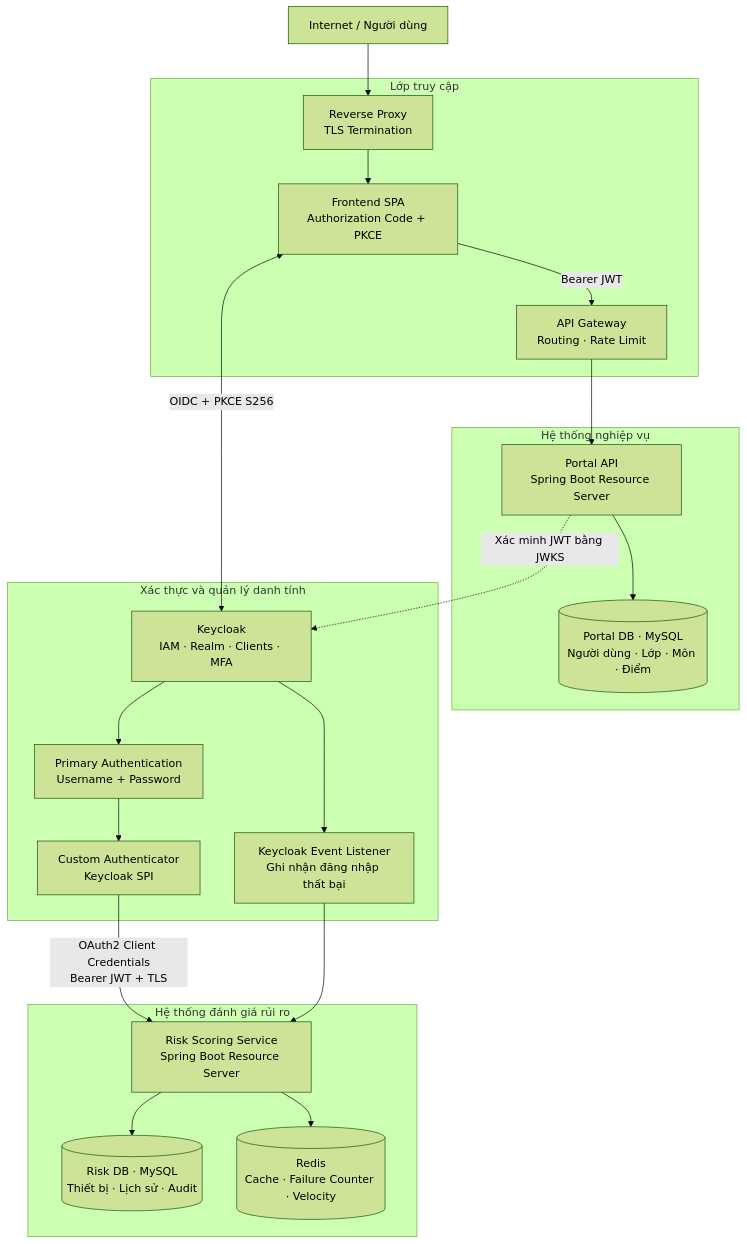
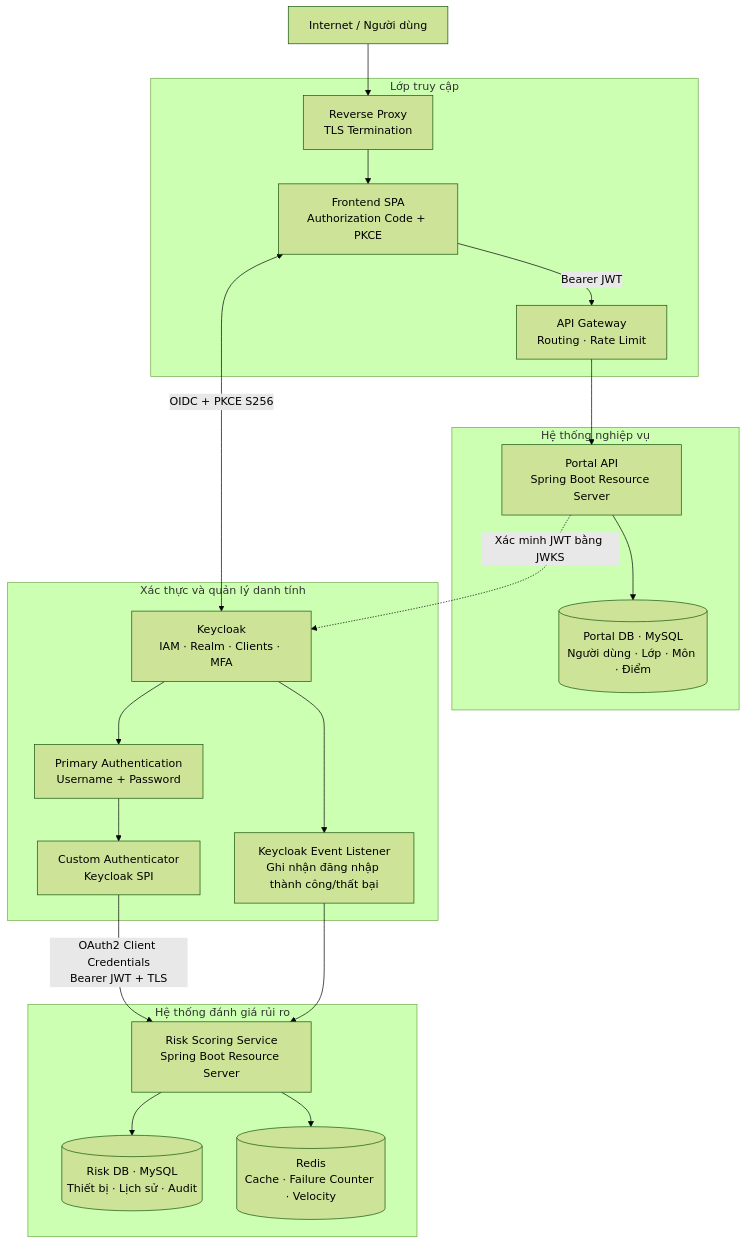
Before and after one commit to NguyenTruong-An/zerotrust: the first of 2 diagrams in ARCHITECTURE.md, drawn with Mermaid (forest theme). The commit also changed other lines of this file and 91 other files, not shown here.

````diff
--- a/ARCHITECTURE.md
+++ b/ARCHITECTURE.md
@@ -18,30 +21,30 @@
 ```mermaid
 flowchart TB
     USER["Internet / Người dùng"] --> RP["Reverse Proxy<br/>TLS Termination"]
 
     subgraph ACCESS["Lớp truy cập"]
         RP --> SPA["Frontend SPA<br/>Authorization Code + PKCE"]
         SPA -->|"Bearer JWT"| GW["API Gateway<br/>Routing · Rate Limit"]
     end
 
     subgraph PORTAL["Hệ thống nghiệp vụ"]
         GW --> APP["Portal API<br/>Spring Boot Resource Server"]
         APP --> PDB[("Portal DB · MySQL<br/>Người dùng · Lớp · Môn · Điểm")]
     end
 
     subgraph IAM["Xác thực và quản lý danh tính"]
         SPA <-->|"OIDC + PKCE S256"| KC["Keycloak<br/>IAM · Realm · Clients · MFA"]
         KC --> PA["Primary Authentication<br/>Username + Password"]
         PA --> SPI["Custom Authenticator<br/>Keycloak SPI"]
-        KC --> EL["Keycloak Event Listener<br/>Ghi nhận đăng nhập thất bại"]
+        KC --> EL["Keycloak Event Listener<br/>Ghi nhận đăng nhập thành công/thất bại"]
     end
 
     subgraph RISK["Hệ thống đánh giá rủi ro"]
         SPI -->|"OAuth2 Client Credentials<br/>Bearer JWT + TLS"| RS["Risk Scoring Service<br/>Spring Boot Resource Server"]
         EL --> RS
         RS --> RDB[("Risk DB · MySQL<br/>Thiết bị · Lịch sử · Audit")]
         RS --> REDIS[("Redis<br/>Cache · Failure Counter · Velocity")]
     end
 
     APP -. "Xác minh JWT bằng JWKS" .-> KC
 ```
````
